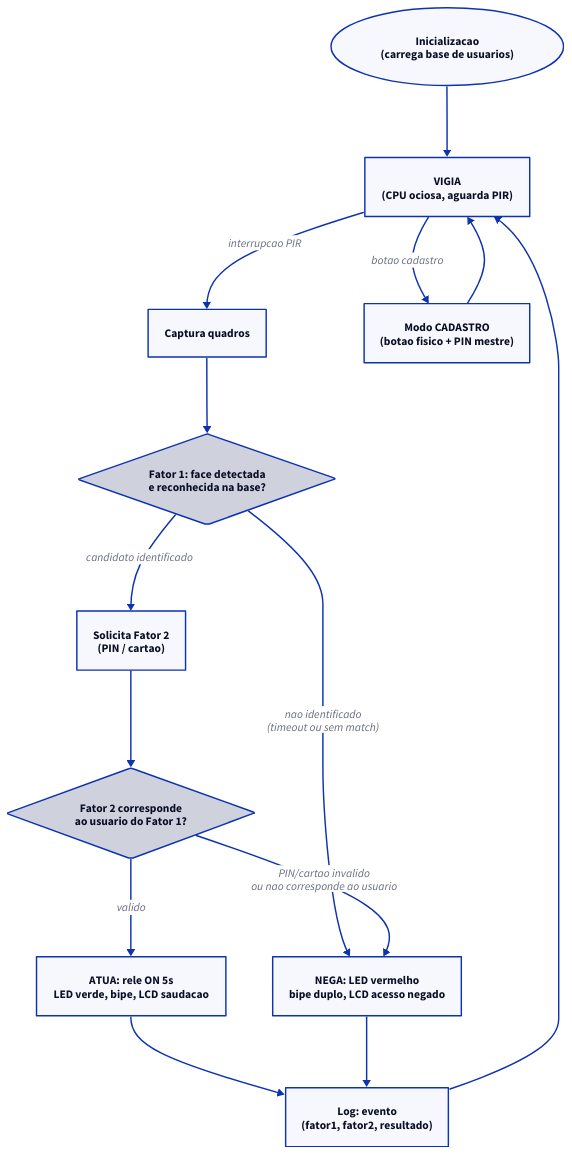
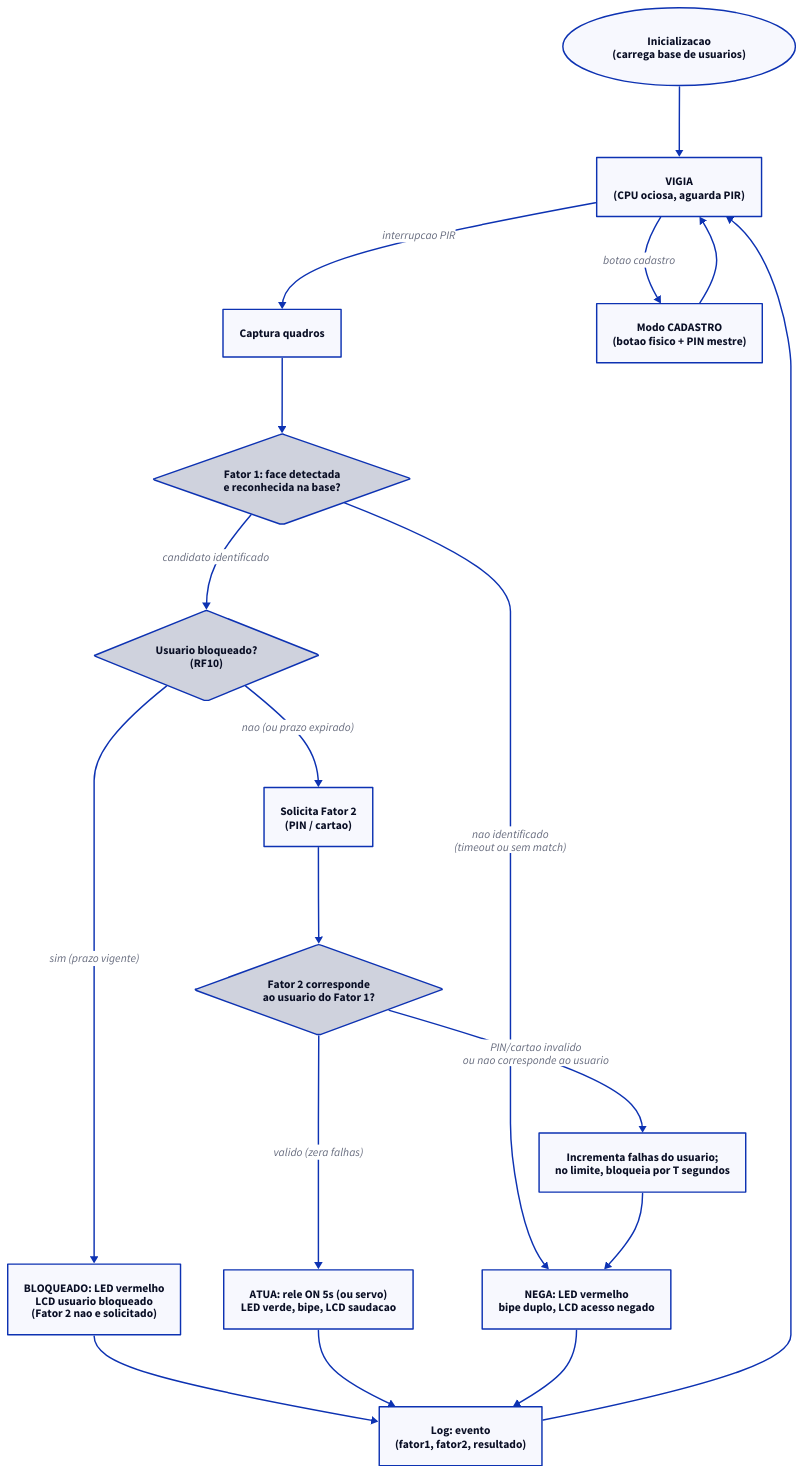
The diagram in docs/diagramas/fluxo_mfa.d2 (LucaBompiani/pcs3732-sentinel), drawn with D2 before and after one commit. The commit also changed 19 other files, not shown here.

```diff
--- a/docs/diagramas/fluxo_mfa.d2
+++ b/docs/diagramas/fluxo_mfa.d2
@@ -1,27 +1,35 @@
-# Fluxo de autenticacao MFA — proposta preliminar (Semana 1)
+# Fluxo de autenticacao MFA
 # Diferenca-chave vs. arquitetura anterior (so facial): fatores em serie obrigatoria (E),
 # nao em esquema de fallback (OU). Timeouts/limiares ainda nao calibrados.
+# RF10: bloqueio temporario por usuario apos N falhas seguidas do Fator 2.
 
 inicio: "Inicializacao\n(carrega base de usuarios)" { shape: oval }
 vigia: "VIGIA\n(CPU ociosa, aguarda PIR)" { shape: rectangle }
 captura: "Captura quadros" { shape: rectangle }
 fator1_check: "Fator 1: face detectada\ne reconhecida na base?" { shape: diamond }
+bloqueio_check: "Usuario bloqueado?\n(RF10)" { shape: diamond }
+bloqueado: "BLOQUEADO: LED vermelho\nLCD usuario bloqueado\n(Fator 2 nao e solicitado)" { shape: rectangle }
 fator2_pede: "Solicita Fator 2\n(PIN / cartao)" { shape: rectangle }
 fator2_check: "Fator 2 corresponde\nao usuario do Fator 1?" { shape: diamond }
-atua: "ATUA: rele ON 5s\nLED verde, bipe, LCD saudacao" { shape: rectangle }
+conta_falha: "Incrementa falhas do usuario;\nno limite, bloqueia por T segundos" { shape: rectangle }
+atua: "ATUA: rele ON 5s (ou servo)\nLED verde, bipe, LCD saudacao" { shape: rectangle }
 nega: "NEGA: LED vermelho\nbipe duplo, LCD acesso negado" { shape: rectangle }
 log_evento: "Log: evento\n(fator1, fator2, resultado)" { shape: rectangle }
 cadastro: "Modo CADASTRO\n(botao fisico + PIN mestre)" { shape: rectangle }
 
 inicio -> vigia
 vigia -> captura: "interrupcao PIR"
 vigia -> cadastro: "botao cadastro"
 captura -> fator1_check
 fator1_check -> nega: "nao identificado\n(timeout ou sem match)"
-fator1_check -> fator2_pede: "candidato identificado"
+fator1_check -> bloqueio_check: "candidato identificado"
+bloqueio_check -> bloqueado: "sim (prazo vigente)"
+bloqueio_check -> fator2_pede: "nao (ou prazo expirado)"
 fator2_pede -> fator2_check
-fator2_check -> nega: "PIN/cartao invalido\nou nao corresponde ao usuario"
-fator2_check -> atua: "valido"
+fator2_check -> conta_falha: "PIN/cartao invalido\nou nao corresponde ao usuario"
+fator2_check -> atua: "valido (zera falhas)"
+conta_falha -> nega
+bloqueado -> log_evento
 atua -> log_evento -> vigia
 nega -> log_evento
 cadastro -> vigia
```
